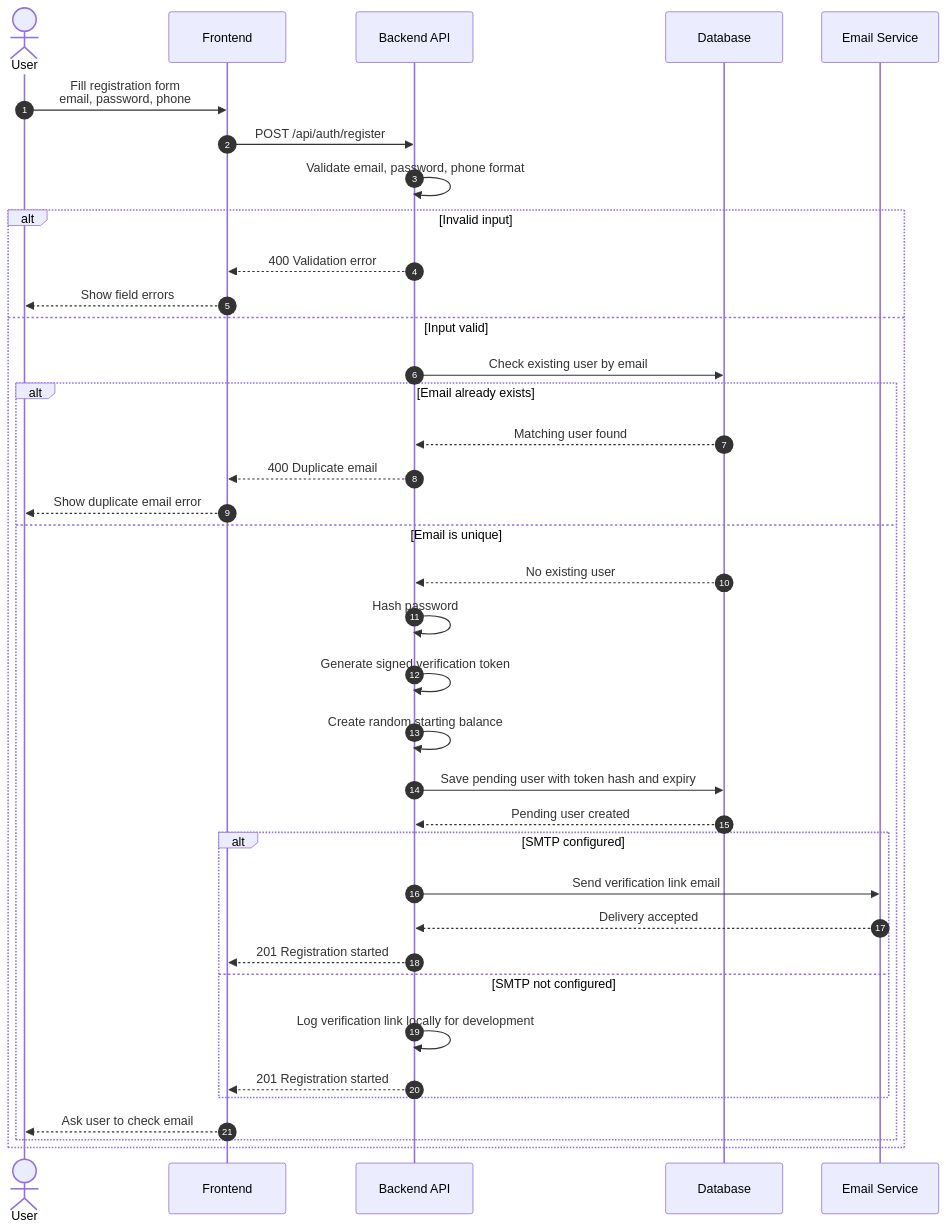
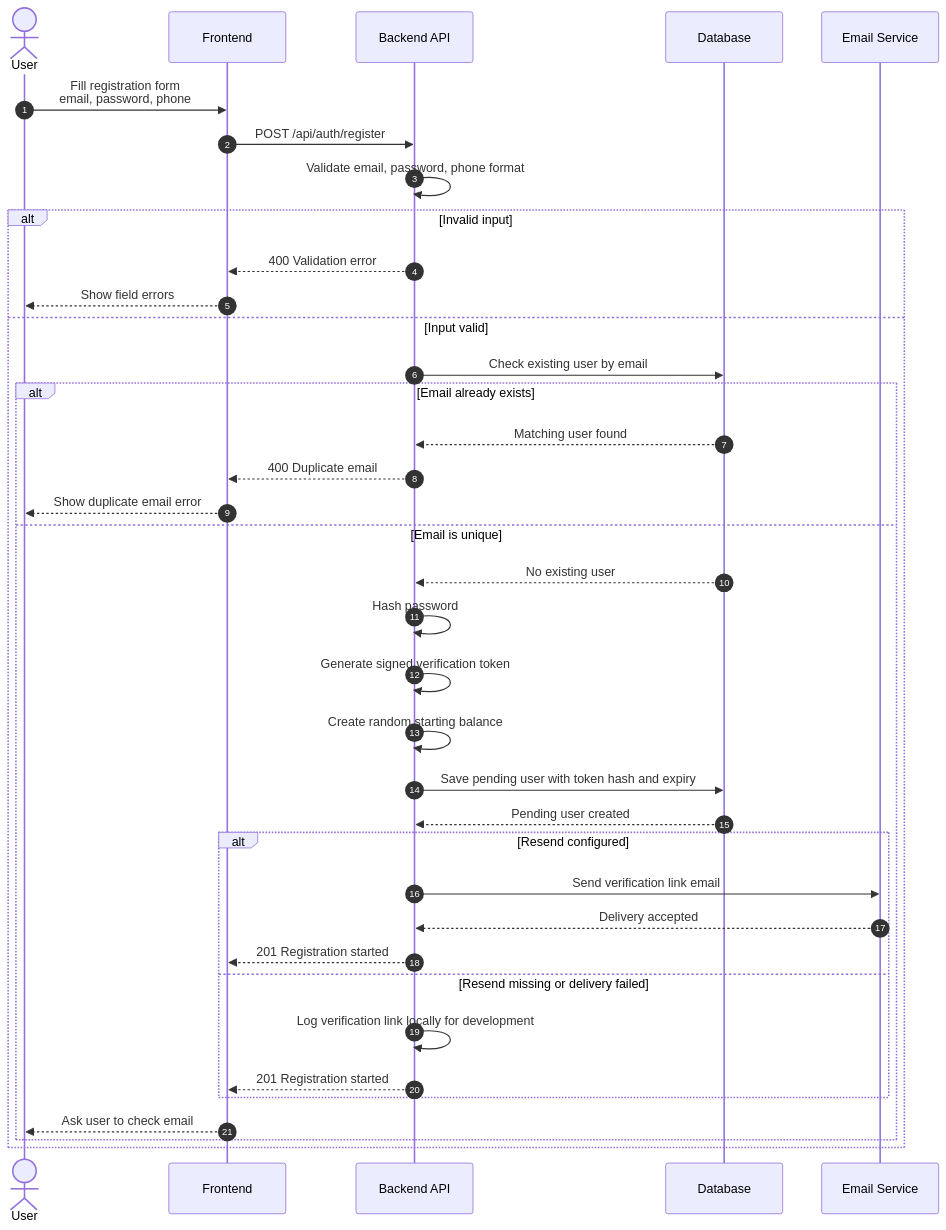
The first of 7 diagrams in docs/sequence-diagrams.md (AyalMoran/virly), drawn with Mermaid before and after one commit. The commit also changed other lines of this file and 7 other files, not shown here.

Commit message:
change email service provider from SMTP to resend

````diff
--- a/docs/sequence-diagrams.md
+++ b/docs/sequence-diagrams.md
@@ -16,43 +16,43 @@
 ```mermaid
 sequenceDiagram
     autonumber
     actor User
     participant Frontend
     participant BackendAPI as Backend API
     participant Database
     participant EmailService as Email Service
 
     User->>Frontend: Fill registration form<br/>email, password, phone
     Frontend->>BackendAPI: POST /api/auth/register
     BackendAPI->>BackendAPI: Validate email, password, phone format
 
     alt Invalid input
         BackendAPI-->>Frontend: 400 Validation error
         Frontend-->>User: Show field errors
     else Input valid
         BackendAPI->>Database: Check existing user by email
         alt Email already exists
             Database-->>BackendAPI: Matching user found
             BackendAPI-->>Frontend: 400 Duplicate email
             Frontend-->>User: Show duplicate email error
         else Email is unique
             Database-->>BackendAPI: No existing user
             BackendAPI->>BackendAPI: Hash password
             BackendAPI->>BackendAPI: Generate signed verification token
             BackendAPI->>BackendAPI: Create random starting balance
             BackendAPI->>Database: Save pending user with token hash and expiry
             Database-->>BackendAPI: Pending user created
 
-            alt SMTP configured
+            alt Resend configured
                 BackendAPI->>EmailService: Send verification link email
                 EmailService-->>BackendAPI: Delivery accepted
                 BackendAPI-->>Frontend: 201 Registration started
-            else SMTP not configured
+            else Resend missing or delivery failed
                 BackendAPI->>BackendAPI: Log verification link locally for development
                 BackendAPI-->>Frontend: 201 Registration started
             end
 
             Frontend-->>User: Ask user to check email
         end
     end
 ```
````
